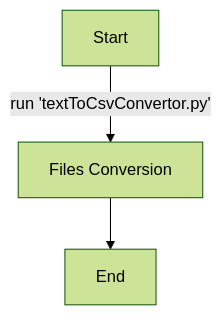
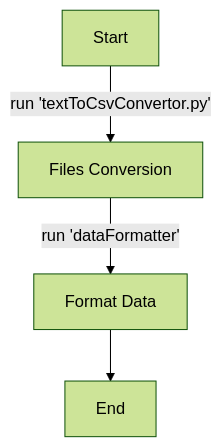
One commit to ahmedheltaher/tweets-clustering changed the diagram in FLOW.md. Above: the diagram before and after it, drawn with Mermaid (forest theme). The commit also changed 9 other files, not shown here.

````diff
--- a/FLOW.md
+++ b/FLOW.md
@@ -7,5 +7,6 @@
 ```mermaid
 flowchart TD
   A[Start] -- run 'textToCsvConvertor.py' --> B[Files Conversion];
-  B --> C[End];
+  B -- run 'dataFormatter' --> C[Format Data];
+  C --> D[End]
 ```
````
